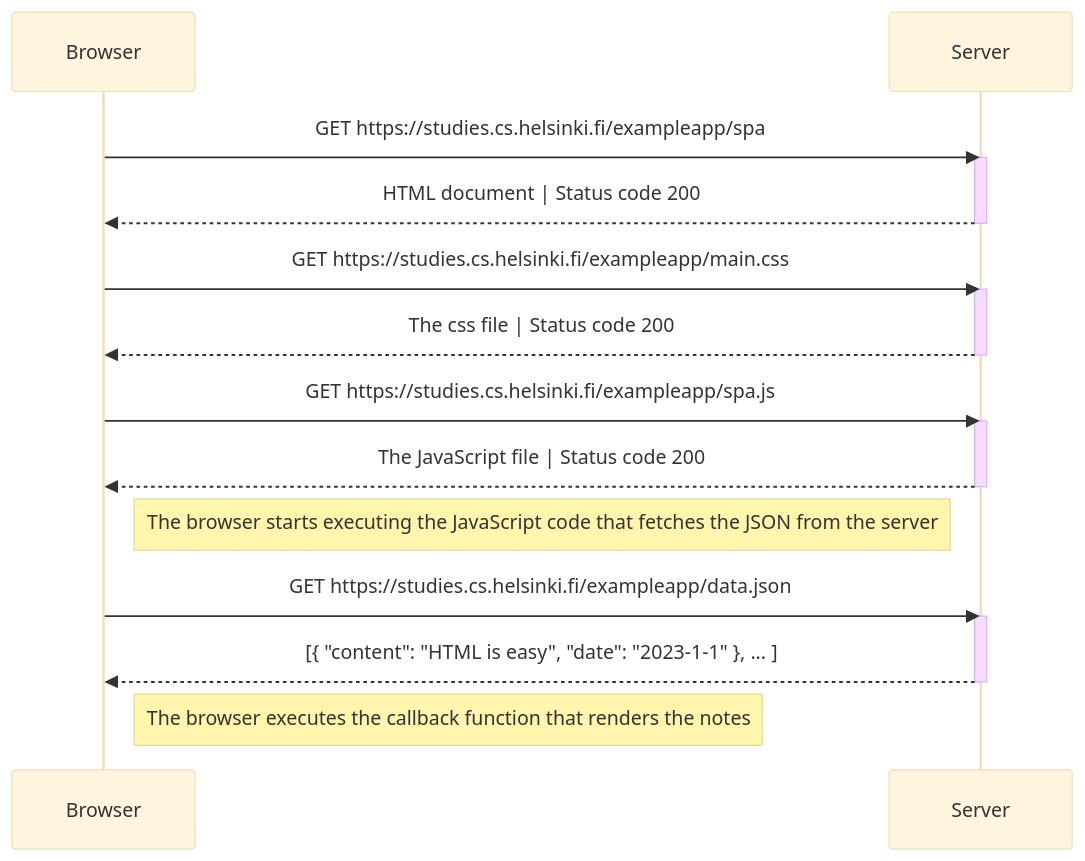
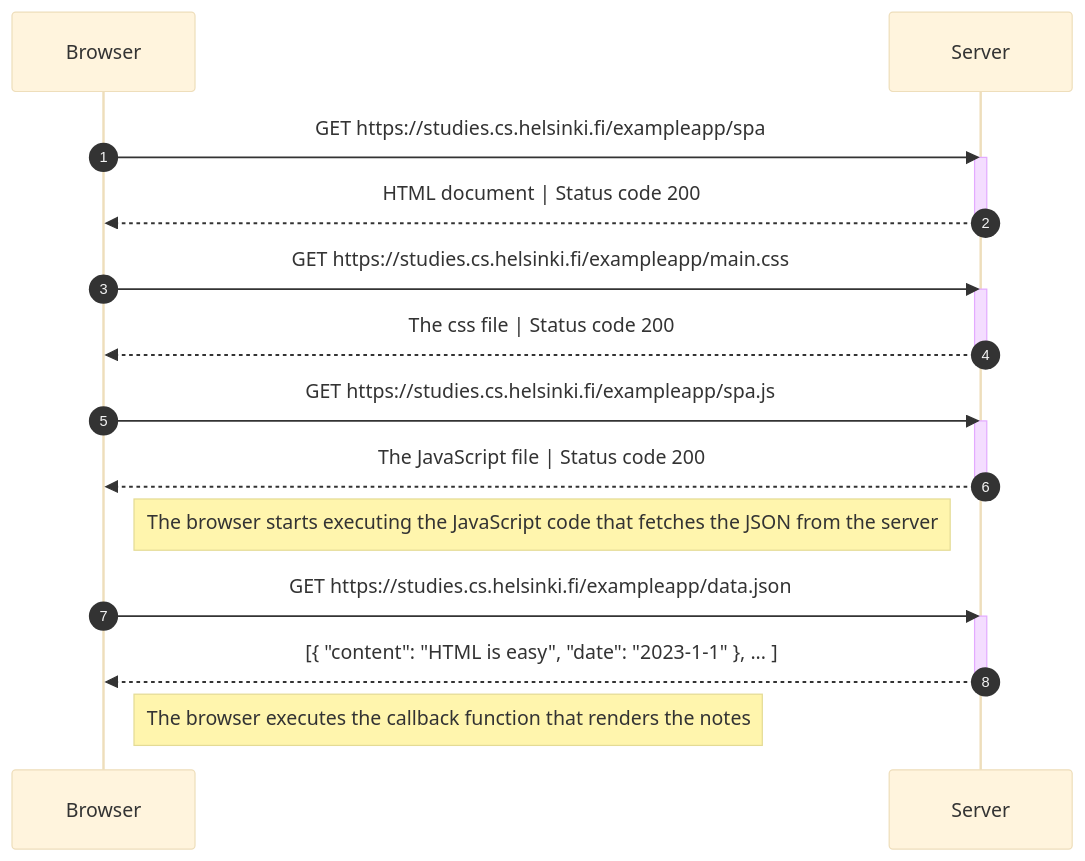
One commit to urmulu-riza/FullStackOpen-Part0 changed the diagram in userGoesToSPA.md. Above: the diagram before and after it, drawn with Mermaid (base theme).

Commit message:
Auto Number2

````diff
--- a/userGoesToSPA.md
+++ b/userGoesToSPA.md
@@ -5,30 +5,32 @@
 ```mermaid
 sequenceDiagram
+
     participant b as Browser
     participant s as Server
 
+    autonumber
     b->>s: GET https://studies.cs.helsinki.fi/exampleapp/spa
     activate s
     s-->>b: HTML document | Status code 200
     deactivate s
 
     b->>s: GET https://studies.cs.helsinki.fi/exampleapp/main.css
     activate s
     s-->>b: The css file | Status code 200
     deactivate s
 
     b->>s: GET https://studies.cs.helsinki.fi/exampleapp/spa.js
     activate s
     s-->>b: The JavaScript file | Status code 200
     deactivate s
 
     Note right of b: The browser starts executing the JavaScript code that fetches the JSON from the server
 
     b->>s: GET https://studies.cs.helsinki.fi/exampleapp/data.json
     activate s
     s-->>b: [{ "content": "HTML is easy", "date": "2023-1-1" }, ... ]
     deactivate s
 
     Note right of b: The browser executes the callback function that renders the notes
 
 ```
````
